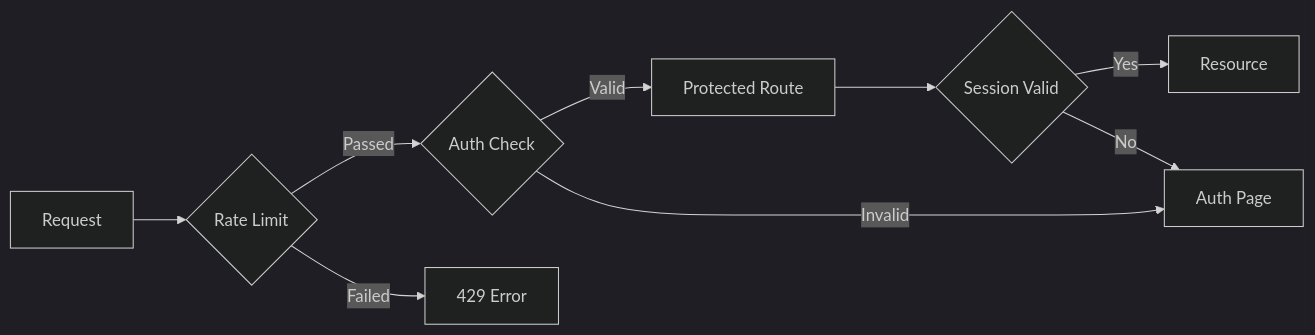
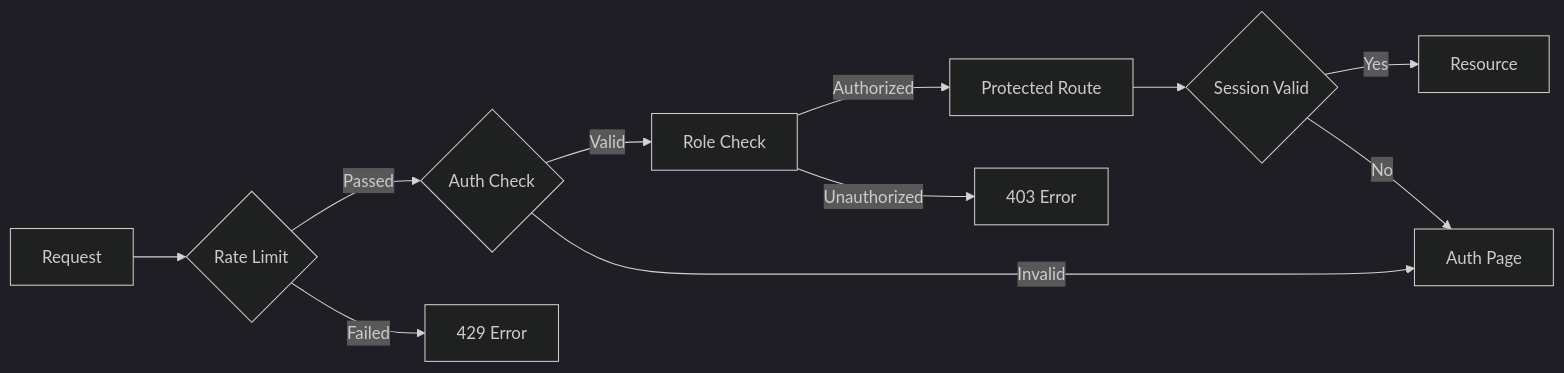
The second of 4 diagrams in docs/user-flows/user_flow_overview.md (mrj0nesmtl/cloud-burst), drawn with Mermaid (dark theme) before and after one commit. The commit also changed other lines of this file and 99 other files, not shown here.

````diff
--- a/docs/user-flows/user_flow_overview.md
+++ b/docs/user-flows/user_flow_overview.md
@@ -28,11 +36,13 @@
 ```mermaid
 flowchart LR
     A[Request] --> B{Rate Limit}
     B -->|Passed| C{Auth Check}
     B -->|Failed| D[429 Error]
-    C -->|Valid| E[Protected Route]
+    C -->|Valid| E[Role Check]
     C -->|Invalid| F[Auth Page]
-    E --> G{Session Valid}
-    G -->|Yes| H[Resource]
-    G -->|No| F
+    E -->|Authorized| G[Protected Route]
+    E -->|Unauthorized| H[403 Error]
+    G --> I{Session Valid}
+    I -->|Yes| J[Resource]
+    I -->|No| F
 ```
````
